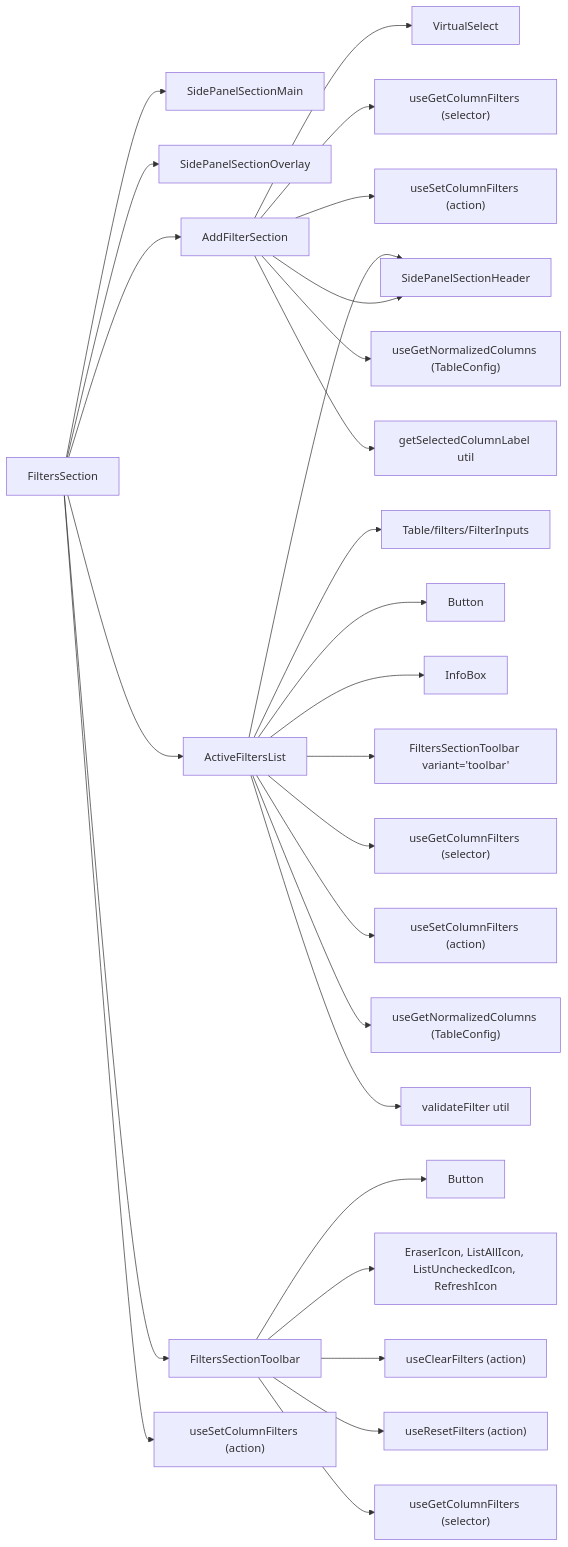
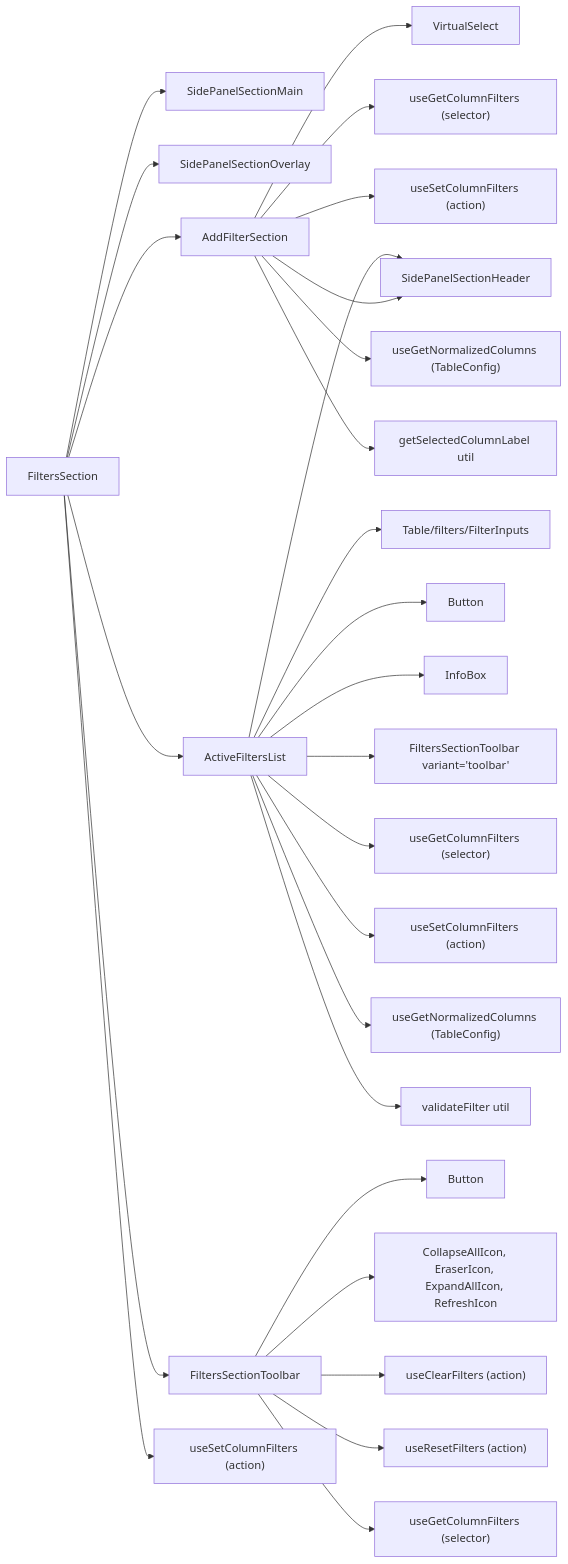
Before and after one commit to luciocabrera/lcabrera-stack: the first of 2 diagrams in apps/react-router/src/components/Table/TableSettingsDrawer/FiltersSection/ARCHITECTURE.md, drawn with Mermaid. The commit also changed 8 other files, not shown here.

Commit message:
feat: Add expand and collapse icons

````diff
--- a/apps/react-router/src/components/Table/TableSettingsDrawer/FiltersSection/ARCHITECTURE.md
+++ b/apps/react-router/src/components/Table/TableSettingsDrawer/FiltersSection/ARCHITECTURE.md
@@ -38,33 +38,33 @@
 ```mermaid
 graph LR
   FS["FiltersSection"] --> SidePanelSectionMain
   FS --> SidePanelSectionOverlay
   FS --> AddFilter["AddFilterSection"]
   FS --> ActiveFilters["ActiveFiltersList"]
   FS --> FSToolbar["FiltersSectionToolbar"]
 
   FS --> useSetColumnFilters["useSetColumnFilters (action)"]
 
   AddFilter --> VirtualSelect
   AddFilter --> SidePanelSectionHeader
   AddFilter --> useGetColumnFilters["useGetColumnFilters (selector)"]
   AddFilter --> useSetColumnFilters2["useSetColumnFilters (action)"]
   AddFilter --> useGetNormalizedColumns["useGetNormalizedColumns (TableConfig)"]
   AddFilter --> getSelectedColumnLabel["getSelectedColumnLabel util"]
 
   ActiveFilters --> SidePanelSectionHeader
   ActiveFilters --> FilterInputs["Table/filters/FilterInputs"]
   ActiveFilters --> Button
   ActiveFilters --> InfoBox
   ActiveFilters --> FSToolbar2["FiltersSectionToolbar variant='toolbar'"]
   ActiveFilters --> useGetColumnFilters2["useGetColumnFilters (selector)"]
   ActiveFilters --> useSetColumnFilters3["useSetColumnFilters (action)"]
   ActiveFilters --> useGetNormalizedColumns2["useGetNormalizedColumns (TableConfig)"]
   ActiveFilters --> validateFilter["validateFilter util"]
 
   FSToolbar --> Button2["Button"]
-  FSToolbar --> Icons["EraserIcon, ListAllIcon, ListUncheckedIcon, RefreshIcon"]
+  FSToolbar --> Icons["CollapseAllIcon, EraserIcon, ExpandAllIcon, RefreshIcon"]
   FSToolbar --> useClearFilters["useClearFilters (action)"]
   FSToolbar --> useResetFilters["useResetFilters (action)"]
   FSToolbar --> useGetColumnFilters3["useGetColumnFilters (selector)"]
 ```
````
